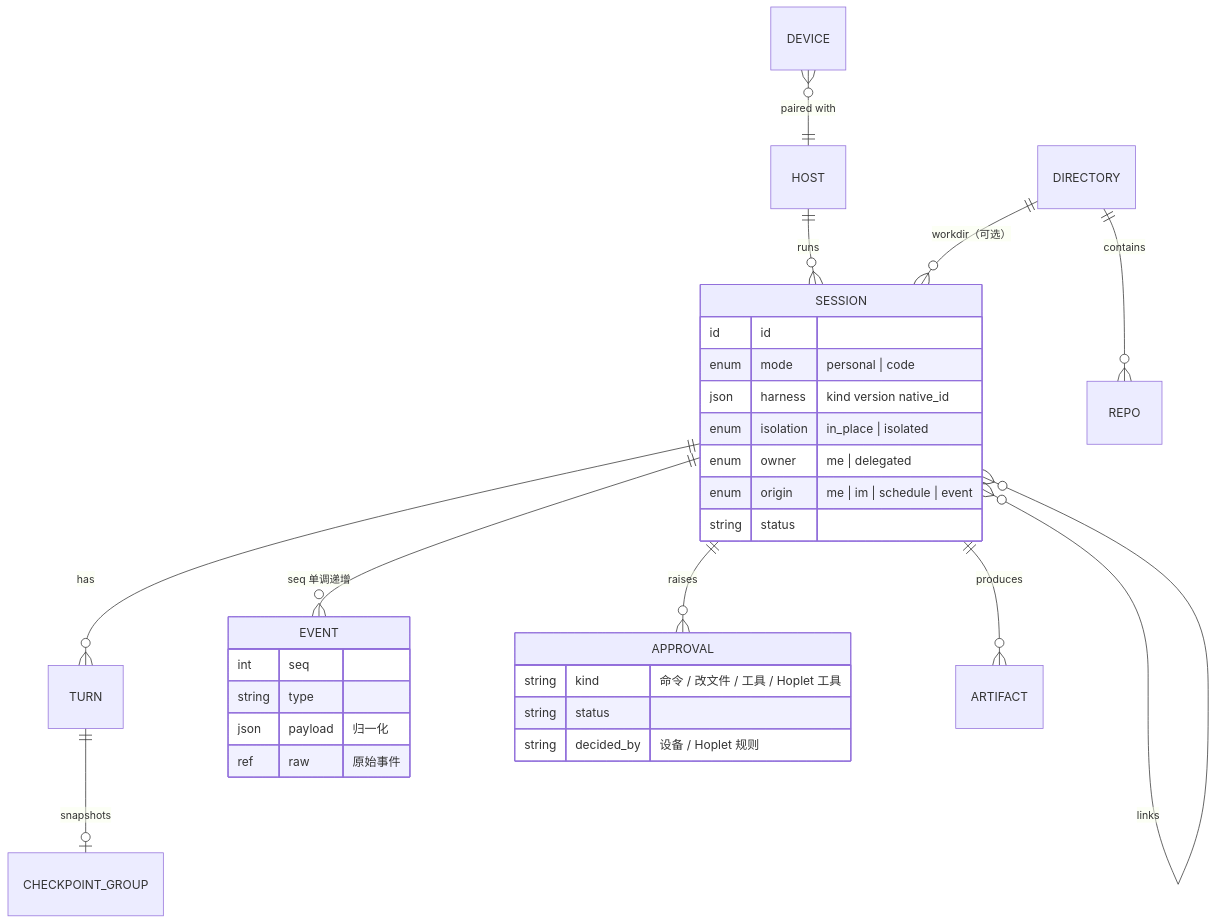
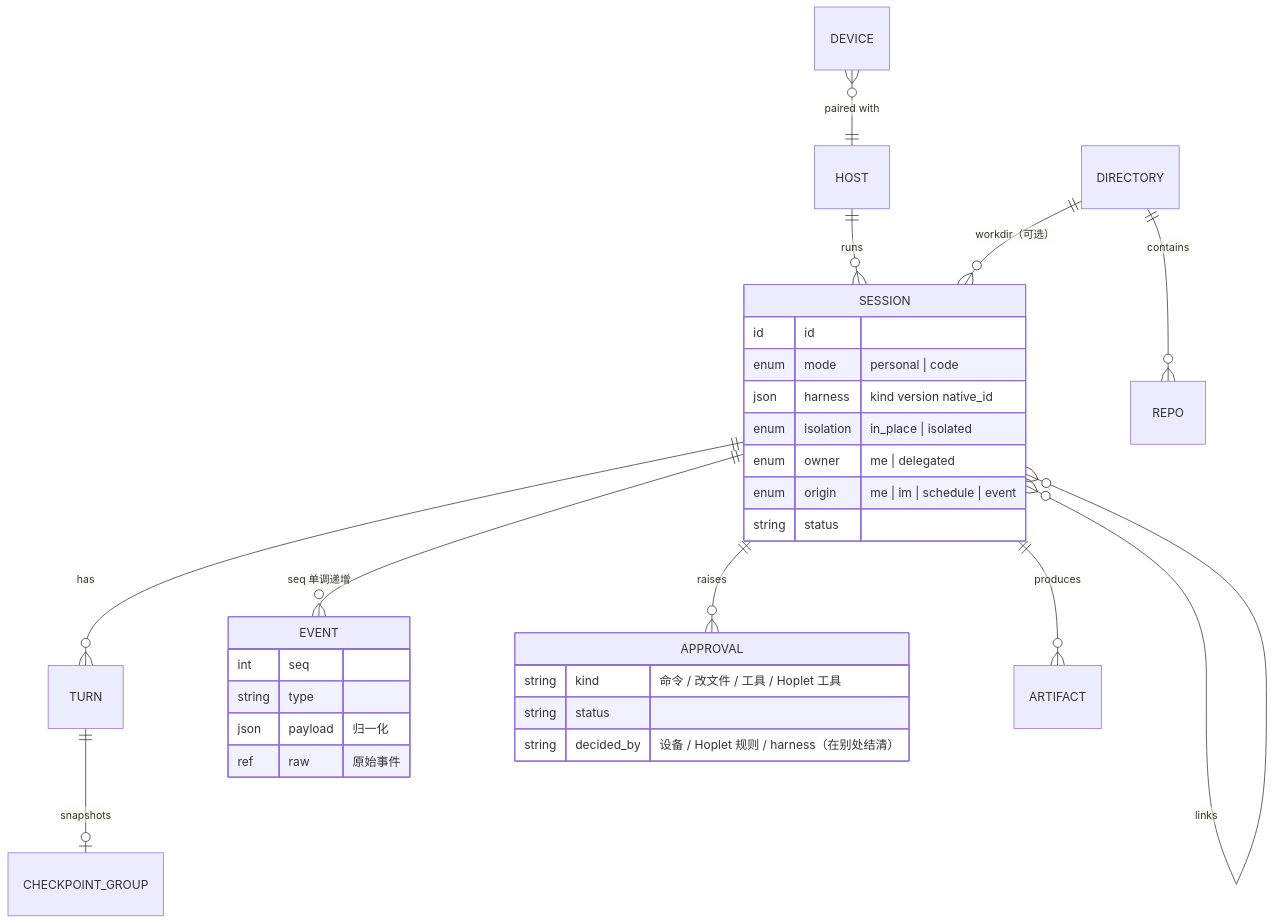
One commit to yangflow/hoplet changed the first of 2 diagrams in docs/design/0004-session-data-model.md. Above: the diagram before and after it, drawn with Mermaid. The commit also changed 4 other files, not shown here.

````diff
--- a/docs/design/0004-session-data-model.md
+++ b/docs/design/0004-session-data-model.md
@@ -16,34 +16,34 @@
 ```mermaid
 erDiagram
     HOST ||--o{ SESSION : runs
     DIRECTORY ||--o{ REPO : contains
     DIRECTORY ||--o{ SESSION : "workdir（可选）"
     SESSION ||--o{ TURN : has
     SESSION ||--o{ EVENT : "seq 单调递增"
     SESSION ||--o{ APPROVAL : raises
     SESSION ||--o{ ARTIFACT : produces
     SESSION }o--o{ SESSION : links
     TURN ||--o| CHECKPOINT_GROUP : snapshots
     DEVICE }o--|| HOST : "paired with"
 
     SESSION {
         id id
         enum mode "personal | code"
         json harness "kind version native_id"
         enum isolation "in_place | isolated"
         enum owner "me | delegated"
         enum origin "me | im | schedule | event"
         string status
     }
     EVENT {
         int seq
         string type
         json payload "归一化"
         ref raw "原始事件"
     }
     APPROVAL {
         string kind "命令 / 改文件 / 工具 / Hoplet 工具"
         string status
-        string decided_by "设备 / Hoplet 规则"
+        string decided_by "设备 / Hoplet 规则 / harness（在别处结清）"
     }
 ```
````
